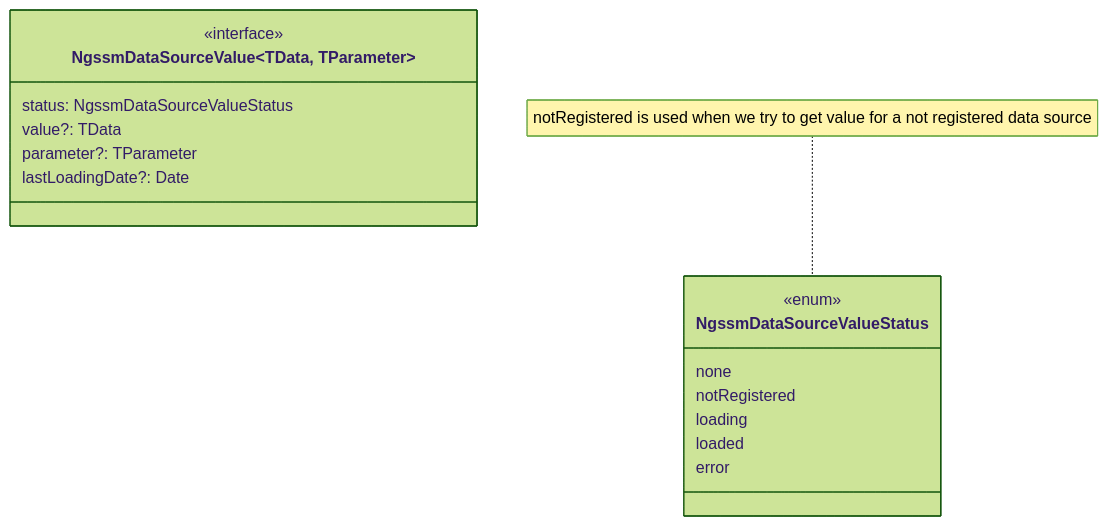
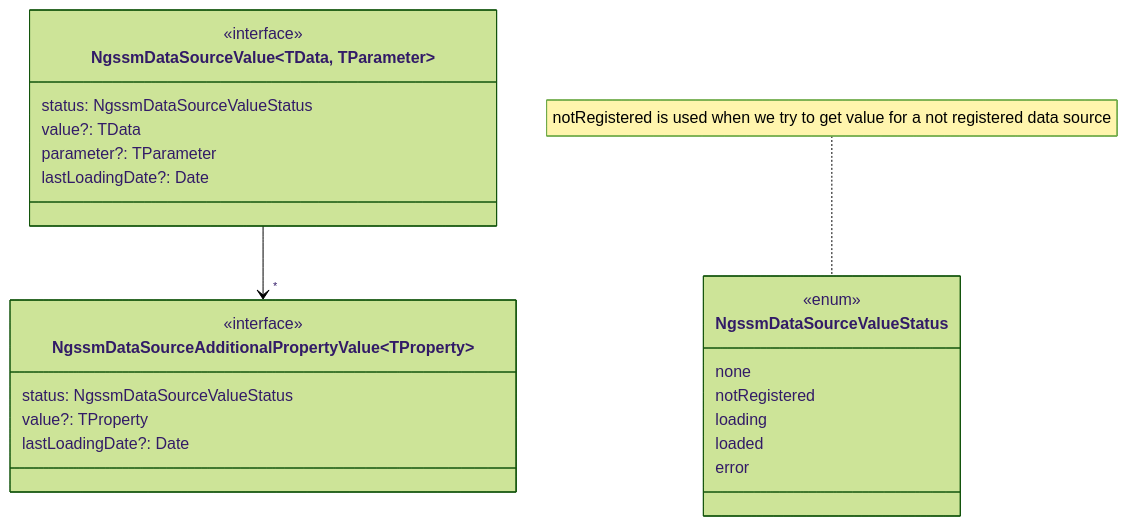
One commit to LionMarc/ng-simple-state-management changed the second of 3 diagrams in docs/libraries/ngssm-data.md. Above: the diagram before and after it, drawn with Mermaid (forest theme). The commit also changed other lines of this file and 16 other files, not shown here.

First line of the commit message:
[ngssm-data] Add additional properties to data source value (#208)

````diff
--- a/docs/libraries/ngssm-data.md
+++ b/docs/libraries/ngssm-data.md
@@ -66,21 +66,30 @@
 ```mermaid
 classDiagram
     class NgssmDataSourceValueStatus{
         <<enum>>
         none
         notRegistered
         loading
         loaded
         error
     }
 
     note for NgssmDataSourceValueStatus "notRegistered is used when we try to get value for a not registered data source"
 
     class NgssmDataSourceValue~TData, TParameter~{
         <<interface>>
         status: NgssmDataSourceValueStatus
         value?: TData
         parameter?: TParameter
         lastLoadingDate?: Date
     }
+
+    class NgssmDataSourceAdditionalPropertyValue~TProperty~{
+        <<interface>>
+        status: NgssmDataSourceValueStatus
+        value?: TProperty
+        lastLoadingDate?: Date
+    }
+
+    NgssmDataSourceValue --> "*" NgssmDataSourceAdditionalPropertyValue
 ```
````
